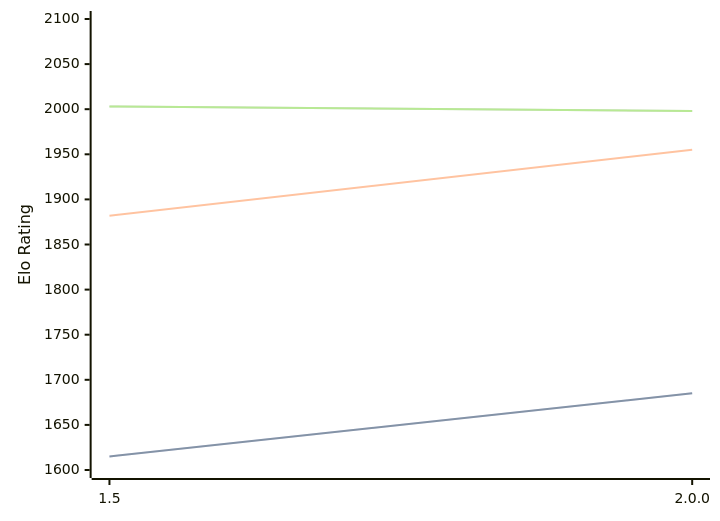
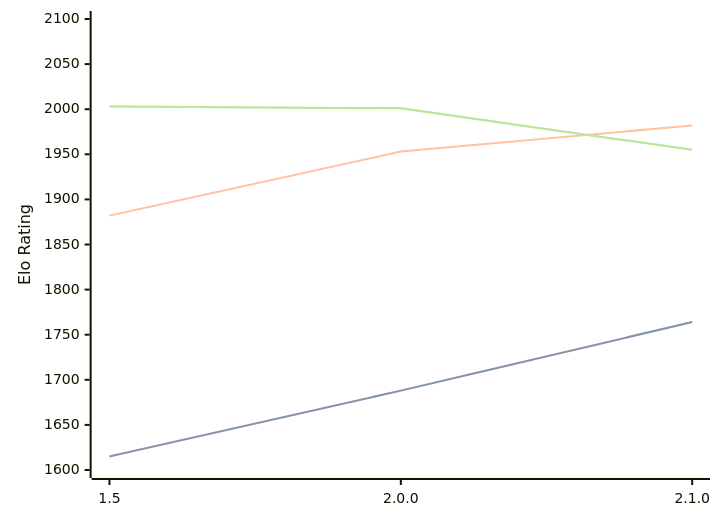
One commit to computer-chess-index/cci changed the diagram in engines/Rudim.md. Above: the diagram before and after it, drawn with Mermaid. The commit also changed other lines of this file, not shown here.

Commit message:
Update CCI Ratings (ELO VLTC) - 2026-05-15

````diff
--- a/engines/Rudim.md
+++ b/engines/Rudim.md
@@ -37,11 +38,11 @@
 ```mermaid
 %%{init: {"theme":"base","themeVariables":{"seriesColors:['#a3a3a3','#222221','#faa371']}}}%%
 xychart-beta
-  x-axis ["1.5", "2.0.0"]
+  x-axis ["1.5", "2.0.0", "2.1.0"]
   y-axis "Elo Rating" 1600 --> 2100
-  line "STC (8.0+0.08s)" [1615, 1685]
-  line "STC (8.0+0.08s)" [1615, 1685]
-  line "LTC (60.0+0.60s)" [1882, 1955]
-  line "VLTC (2m24s+1.12s)" [2003, 1998]
-  line "VLTC (2m24s+1.12s)" [2003, 1998]
+  line "STC (8.0+0.08s)" [1615, 1688, 1764]
+  line "STC (8.0+0.08s)" [1615, 1688, 1764]
+  line "LTC (60.0+0.60s)" [1882, 1953, 1982]
+  line "VLTC (2m24s+1.12s)" [2003, 2001, 1955]
+  line "VLTC (2m24s+1.12s)" [2003, 2001, 1955]
 ```
````
